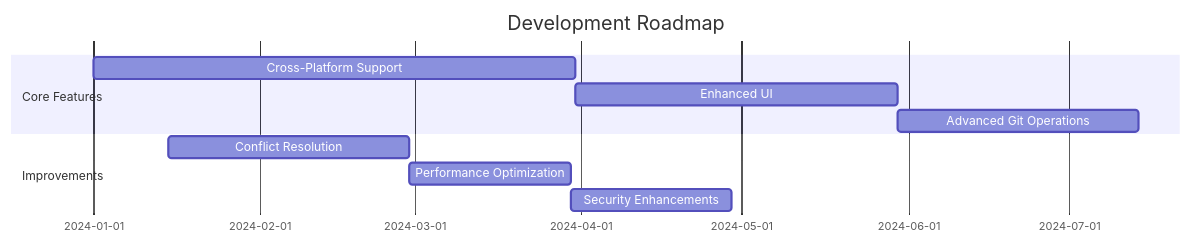
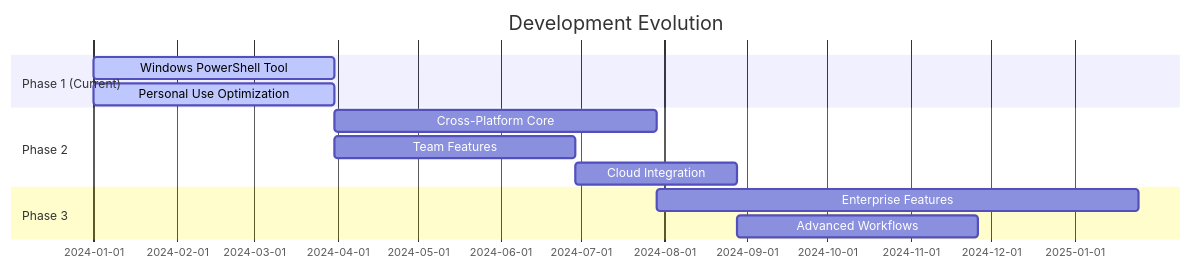
One commit to ih8sirdavi/Git-Loop changed the second of 2 diagrams in README.md. Above: the diagram before and after it, drawn with Mermaid. The commit also changed other lines of this file, not shown here.

````diff
--- a/README.md
+++ b/README.md
@@ -193,14 +48,17 @@
 ```mermaid
 gantt
-    title Development Roadmap
+    title Development Evolution
     dateFormat  YYYY-MM-DD
-    section Core Features
-    Cross-Platform Support     :a1, 2024-01-01, 90d
-    Enhanced UI               :a2, after a1, 60d
-    Advanced Git Operations   :a3, after a2, 45d
+    section Phase 1 (Current)
+    Windows PowerShell Tool    :active, a1, 2024-01-01, 90d
+    Personal Use Optimization  :active, a2, 2024-01-01, 90d
 
-    section Improvements
-    Conflict Resolution      :b1, 2024-01-15, 45d
-    Performance Optimization :b2, after b1, 30d
-    Security Enhancements    :b3, after b2, 30d
+    section Phase 2
+    Cross-Platform Core       :b1, after a1, 120d
+    Team Features            :b2, after a1, 90d
+    Cloud Integration        :b3, after b2, 60d
+
+    section Phase 3
+    Enterprise Features      :c1, after b1, 180d
+    Advanced Workflows       :c2, after b3, 90d
 ```
````
